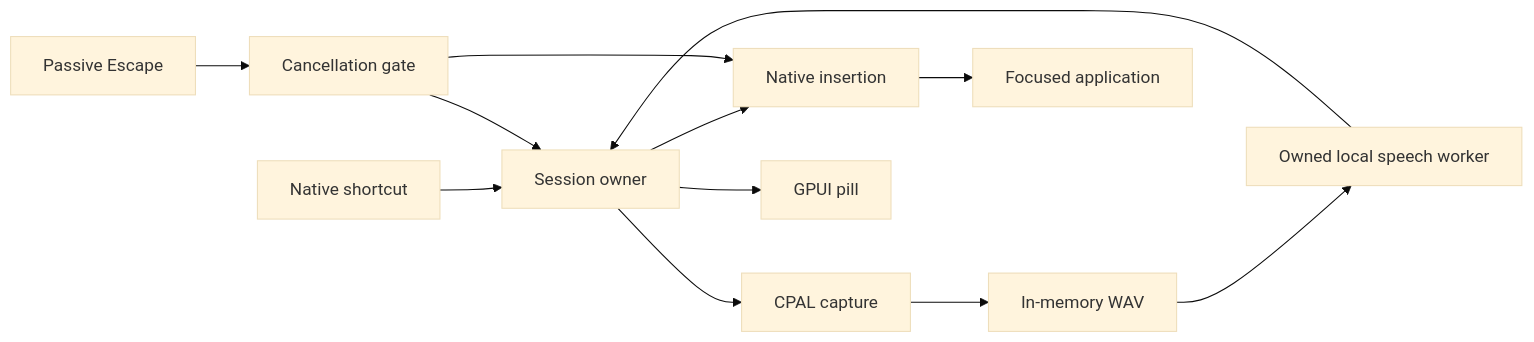
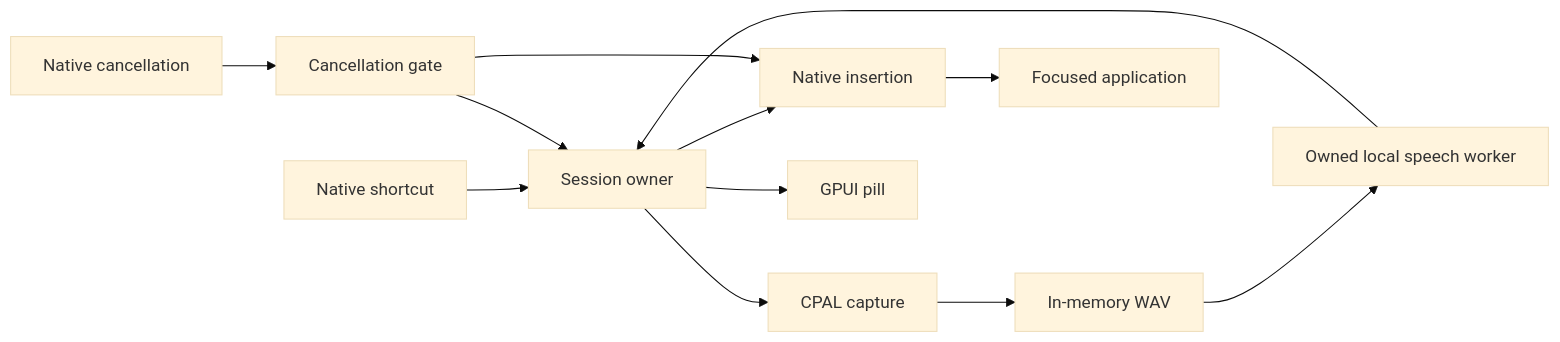
One commit to KrishRVH/speakeasy changed the diagram in docs/architecture.md. Above: the diagram before and after it, drawn with Mermaid (base theme). The commit also changed other lines of this file and 46 other files, not shown here.

````diff
--- a/docs/architecture.md
+++ b/docs/architecture.md
@@ -8,14 +10,14 @@
 ```mermaid
 flowchart LR
     Shortcut[Native shortcut] --> Session[Session owner]
     Session --> Capture[CPAL capture]
     Capture --> Audio[In-memory WAV]
     Audio --> Worker[Owned local speech worker]
     Worker --> Session
     Session --> Insert[Native insertion]
     Insert --> Editor[Focused application]
     Session --> Pill[GPUI pill]
-    Escape[Passive Escape] --> Gate[Cancellation gate]
+    Cancel[Native cancellation] --> Gate[Cancellation gate]
     Gate --> Session
     Gate --> Insert
 ```
````
